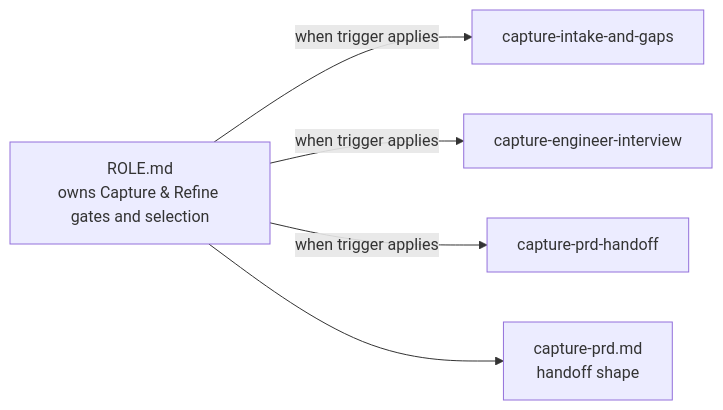
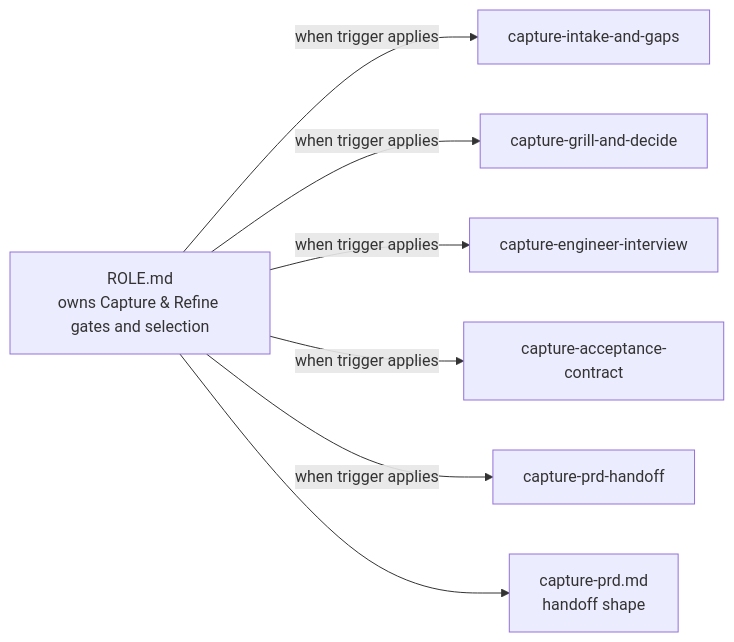
The second of 8 diagrams in README.md (CW-Codewalnut/agentic-delivery-masterclass), drawn with Mermaid before and after one commit. The commit also changed other lines of this file and 32 other files, not shown here.

First line of the commit message:
feat: make Capture & Refine emit a testable PRD contract

````diff
--- a/README.md
+++ b/README.md
@@ -41,8 +50,10 @@
 ```mermaid
 flowchart LR
   R["ROLE.md<br/>owns Capture & Refine gates and selection"]
   R -->|"when trigger applies"| S1["capture-intake-and-gaps"]
-  R -->|"when trigger applies"| S2["capture-engineer-interview"]
-  R -->|"when trigger applies"| S3["capture-prd-handoff"]
+  R -->|"when trigger applies"| S2["capture-grill-and-decide"]
+  R -->|"when trigger applies"| S3["capture-engineer-interview"]
+  R -->|"when trigger applies"| S4["capture-acceptance-contract"]
+  R -->|"when trigger applies"| S5["capture-prd-handoff"]
   R --> T["capture-prd.md<br/>handoff shape"]
 ```
````
